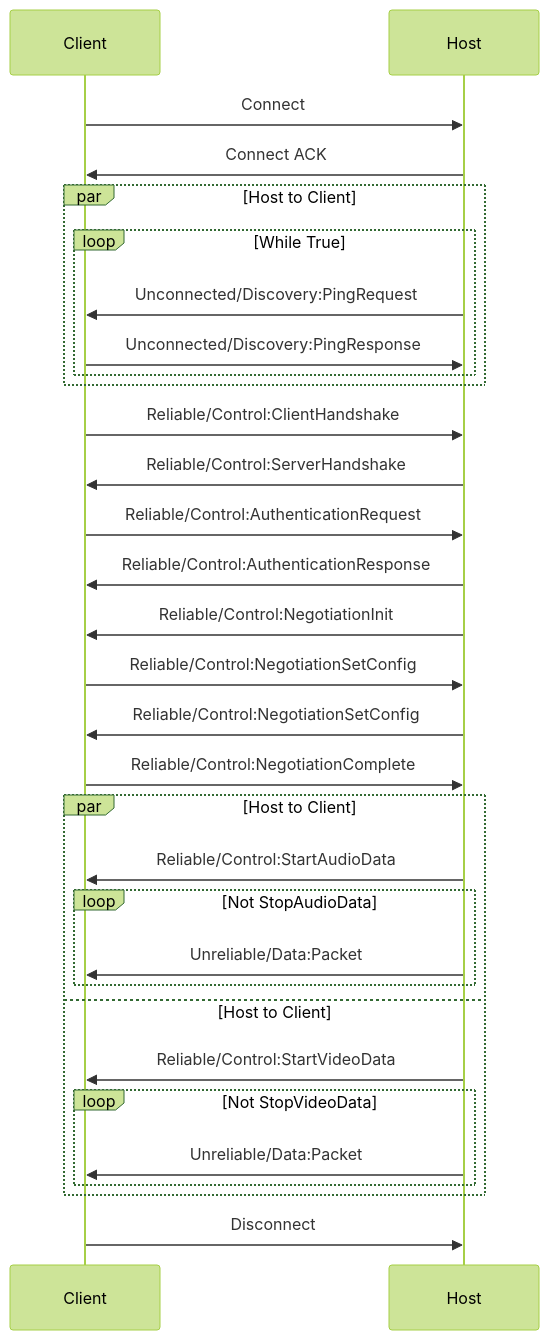
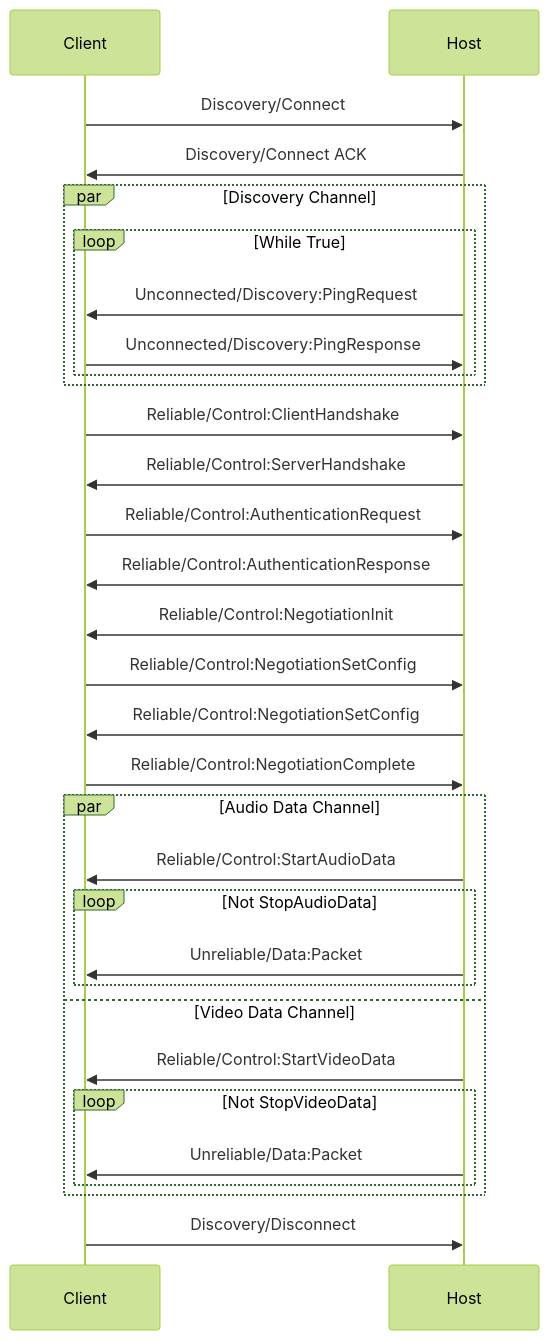
Before and after one commit to mariotaku/steamlink.py: the diagram in session/README.md, drawn with Mermaid (forest theme). The commit also changed other lines of this file and 1 other file, not shown here.

````diff
--- a/session/README.md
+++ b/session/README.md
@@ -3,31 +3,31 @@
 ```mermaid
 sequenceDiagram
-  Client ->> Host: Connect
-  Host ->> Client: Connect ACK
-  par Host to Client
+  Client ->> Host: Discovery/Connect
+  Host ->> Client: Discovery/Connect ACK
+  par Discovery Channel
     loop While True
       Host ->> Client: Unconnected/Discovery:PingRequest
       Client ->> Host: Unconnected/Discovery:PingResponse
     end
   end
   Client ->> Host: Reliable/Control:ClientHandshake
   Host ->> Client: Reliable/Control:ServerHandshake
   Client ->> Host: Reliable/Control:AuthenticationRequest
   Host ->> Client: Reliable/Control:AuthenticationResponse
   Host ->> Client: Reliable/Control:NegotiationInit
   Client ->> Host: Reliable/Control:NegotiationSetConfig
   Host ->> Client: Reliable/Control:NegotiationSetConfig
   Client ->> Host: Reliable/Control:NegotiationComplete
-  par Host to Client
+  par Audio Data Channel
     Host ->> Client: Reliable/Control:StartAudioData
     loop Not StopAudioData
       Host ->> Client: Unreliable/Data:Packet 
     end
-  and Host to Client
+  and Video Data Channel
     Host ->> Client: Reliable/Control:StartVideoData
     loop Not StopVideoData
       Host ->> Client: Unreliable/Data:Packet 
     end
   end
-  Client ->> Host: Disconnect
+  Client ->> Host: Discovery/Disconnect
 ```
````
